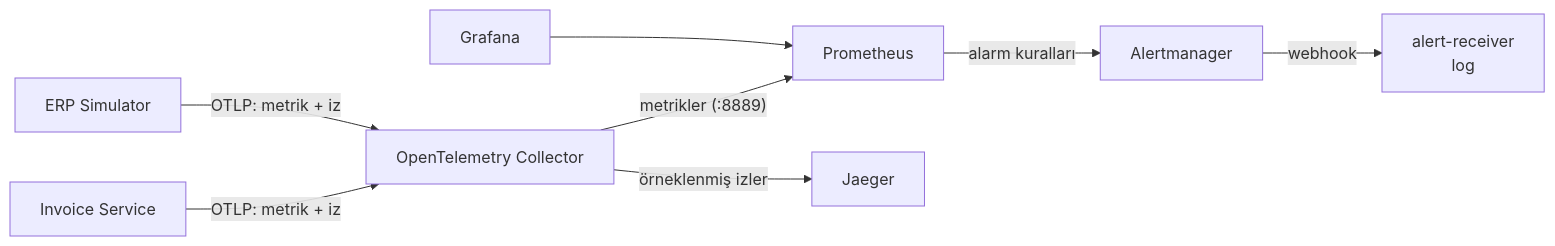
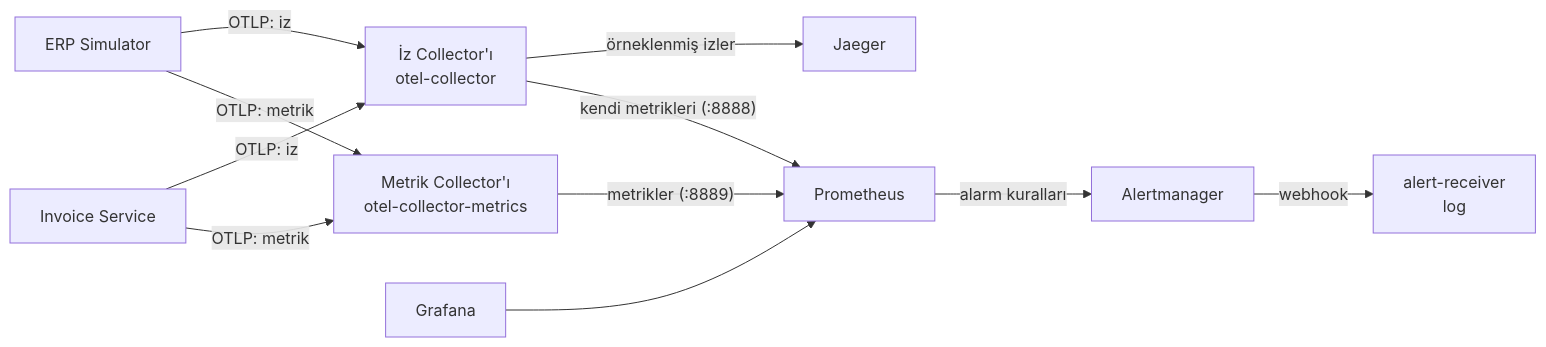
The fourth of 4 diagrams in ARCHITECTURE.md (metinkaryagdi/Staj_Tasks), drawn with Mermaid before and after one commit. The commit also changed other lines of this file and 5 other files, not shown here.

Commit message:
Add the Day 16 stop experiment and alarm history, and describe Day 16 in README and ARCHITECTURE: metrics on their own Collector, the refusal alarm and the 2 minute decision wait

````diff
--- a/ARCHITECTURE.md
+++ b/ARCHITECTURE.md
@@ -203,10 +203,13 @@
 ```mermaid
 flowchart LR
-    I["Invoice Service"] -- "OTLP: metrik + iz" --> C[OpenTelemetry Collector]
-    E["ERP Simulator"] -- "OTLP: metrik + iz" --> C
-    C -- "metrikler (:8889)" --> P[Prometheus]
-    C -- "örneklenmiş izler" --> J[Jaeger]
+    I["Invoice Service"] -- "OTLP: metrik" --> CM["Metrik Collector'ı<br/>otel-collector-metrics"]
+    E["ERP Simulator"] -- "OTLP: metrik" --> CM
+    I -- "OTLP: iz" --> CT["İz Collector'ı<br/>otel-collector"]
+    E -- "OTLP: iz" --> CT
+    CM -- "metrikler (:8889)" --> P[Prometheus]
+    CT -- "kendi metrikleri (:8888)" --> P
+    CT -- "örneklenmiş izler" --> J[Jaeger]
     P -- "alarm kuralları" --> A[Alertmanager]
     A -- webhook --> R["alert-receiver<br/>log"]
     G[Grafana] --> P
 ```
````
